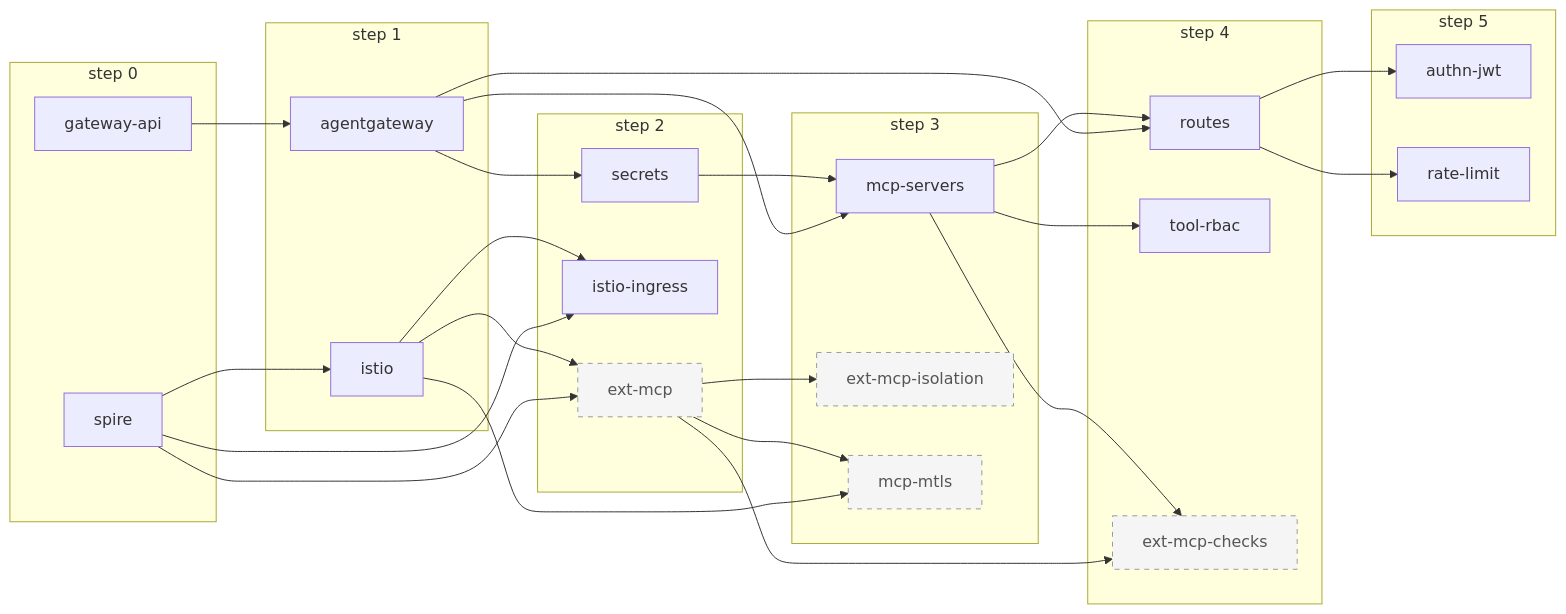
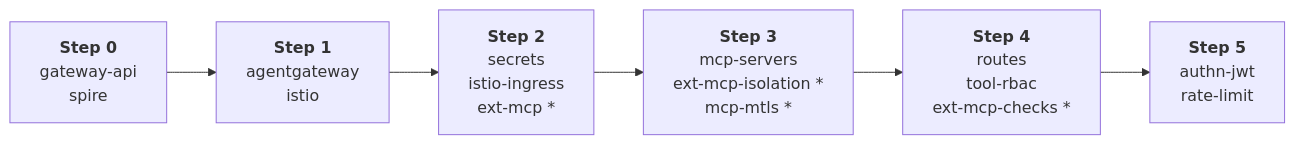
One commit to raghav19/engineersdaybook changed the diagram in code/mcp-sandbox/part-3-mcp-guardrails/README.md. Above: the diagram before and after it, drawn with Mermaid. The commit also changed other lines of this file, not shown here.

Commit message:
Simplify the apply-order diagram
Replace the dependency graph (19 arrows) with one chain of six
steps. The units in each step stay listed.

````diff
--- a/code/mcp-sandbox/part-3-mcp-guardrails/README.md
+++ b/code/mcp-sandbox/part-3-mcp-guardrails/README.md
@@ -135,53 +124,8 @@
 ```mermaid
 flowchart LR
-  subgraph s0["step 0"]
-    gwapi[gateway-api]
-    spire[spire]
-  end
-  subgraph s1["step 1"]
-    agw[agentgateway]
-    istio[istio]
-  end
-  subgraph s2["step 2"]
-    secrets[secrets]
-    ingress[istio-ingress]
-    ext[ext-mcp]
-  end
-  subgraph s3["step 3"]
-    servers[mcp-servers]
-    iso[ext-mcp-isolation]
-    mtls[mcp-mtls]
-  end
-  subgraph s4["step 4"]
-    routes[routes]
-    rbac[tool-rbac]
-    checks[ext-mcp-checks]
-  end
-  subgraph s5["step 5"]
-    authn[authn-jwt]
-    rate[rate-limit]
-  end
-
-  gwapi --> agw
-  spire --> istio
-  spire --> ingress
-  spire --> ext
-  agw --> secrets
-  agw --> servers
-  agw --> routes
-  istio --> ingress
-  istio --> ext
-  istio --> mtls
-  secrets --> servers
-  ext --> iso
-  ext --> mtls
-  ext --> checks
-  servers --> routes
-  servers --> rbac
-  servers --> checks
-  routes --> authn
-  routes --> rate
-
-  classDef out stroke-dasharray: 5 5,fill:#f5f5f5,stroke:#999,color:#555
-  class ext,iso,mtls,checks out
+  s0["<b>Step 0</b><br/>gateway-api<br/>spire"] --> s1["<b>Step 1</b><br/>agentgateway<br/>istio"]
+  s1 --> s2["<b>Step 2</b><br/>secrets<br/>istio-ingress<br/>ext-mcp *"]
+  s2 --> s3["<b>Step 3</b><br/>mcp-servers<br/>ext-mcp-isolation *<br/>mcp-mtls *"]
+  s3 --> s4["<b>Step 4</b><br/>routes<br/>tool-rbac<br/>ext-mcp-checks *"]
+  s4 --> s5["<b>Step 5</b><br/>authn-jwt<br/>rate-limit"]
 ```
````
